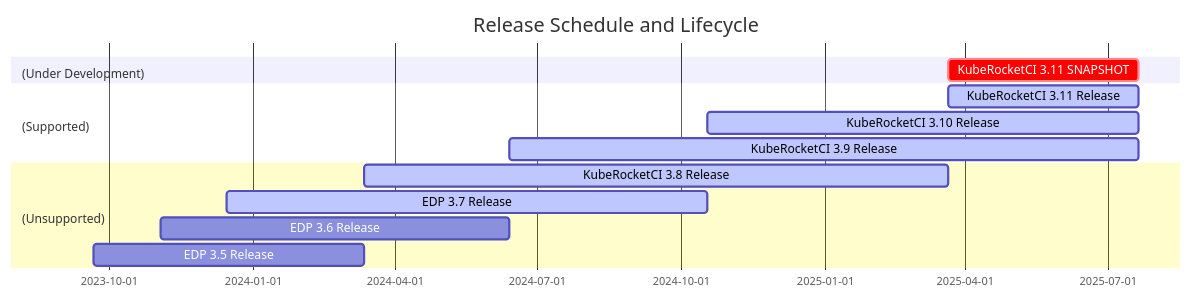
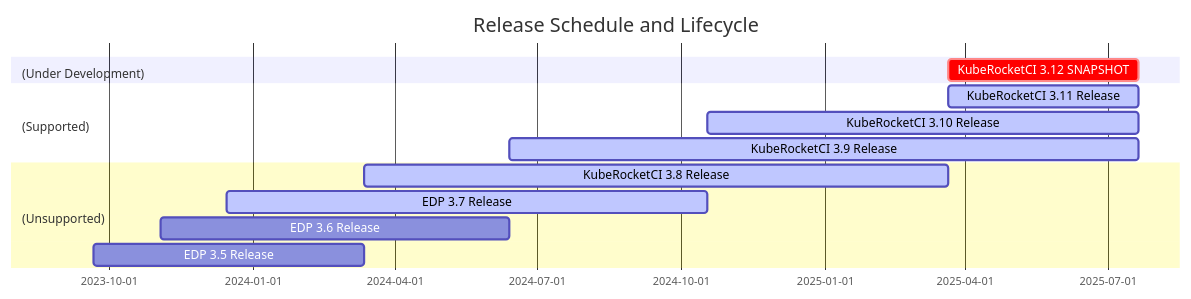
The diagram in versioned_docs/version-3.11/supported-versions.md (KubeRocketCI/docs), drawn with Mermaid before and after one commit. The commit also changed 13 other files, not shown here.

````diff
--- a/versioned_docs/version-3.11/supported-versions.md
+++ b/versioned_docs/version-3.11/supported-versions.md
@@ -19,29 +19,29 @@
 ```mermaid
 gantt
     dateFormat  YYYY-MM-DD
     title Release Schedule and Lifecycle
 
     section (Under Development)
-    KubeRocketCI 3.11 SNAPSHOT: crit, r41, 2025-03-21, 2025-07-21
+    KubeRocketCI 3.12 SNAPSHOT: crit, r41, 2025-03-21, 2025-07-21
 
     section (Supported)
     KubeRocketCI 3.11 Release: active, r41, 2025-03-21, 2025-07-21
 
     section (Supported)
     KubeRocketCI 3.10 Release: active, r40, 2024-10-18, 2025-07-21
 
     section (Supported)
     KubeRocketCI 3.9 Release: active, r39, 2024-06-13, 2025-07-21
 
     section (Unsupported)
     KubeRocketCI 3.8 Release: active, r38, 2024-03-12, 2025-03-21
 
     section (Unsupported)
     EDP 3.7 Release: active, r37, 2023-12-15, 2024-10-18
 
     section (Unsupported)
     EDP 3.6 Release: r36, 2023-11-03, 2024-06-13
 
     section (Unsupported)
     EDP 3.5 Release: r35, 2023-09-21, 2024-03-12
 ```
````
